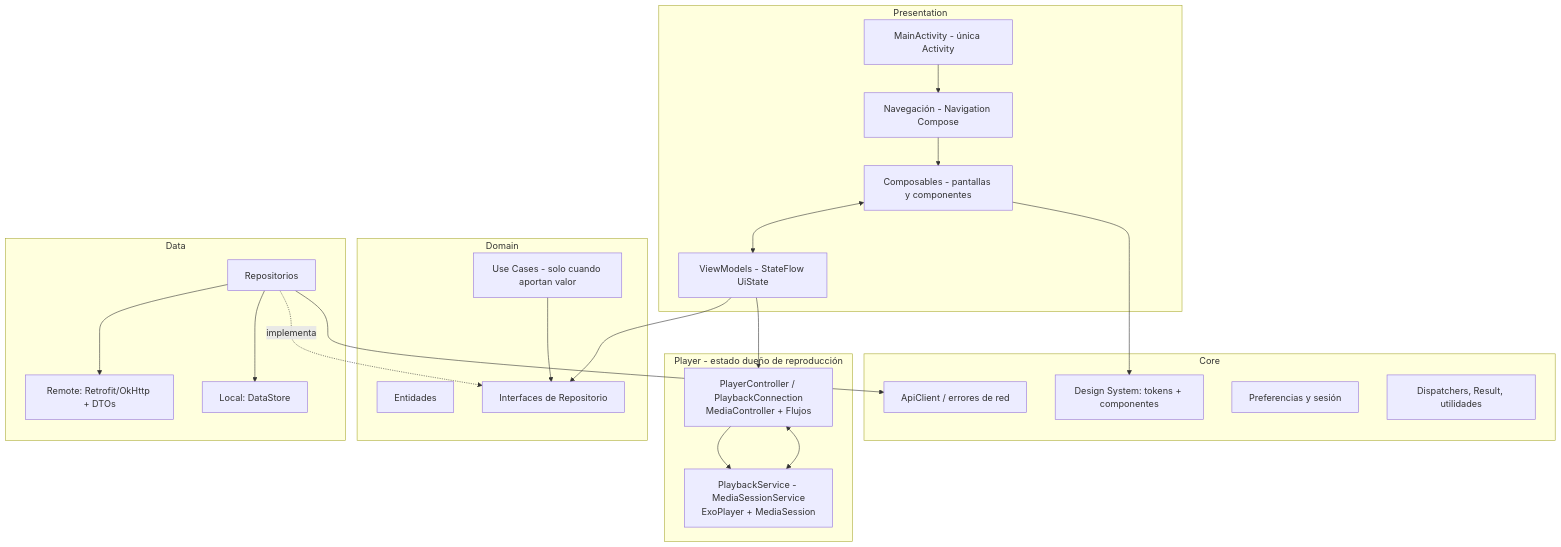
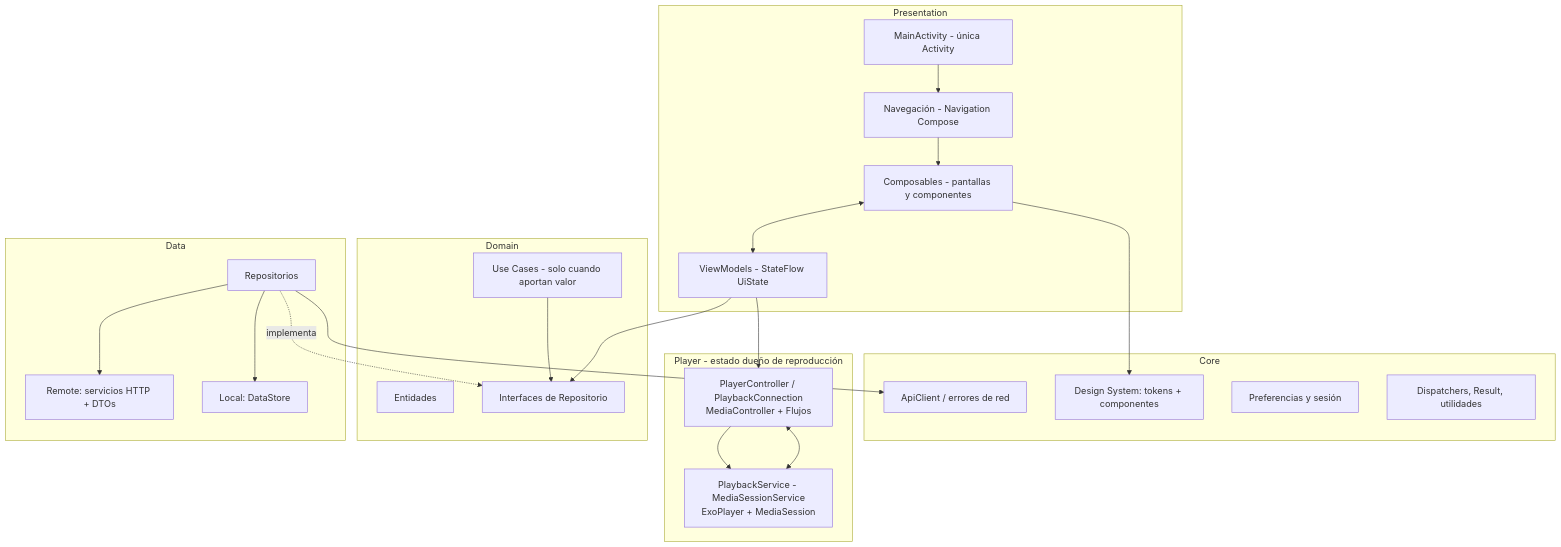
Before and after one commit to leonardoburgosd/antara: the diagram in apps/mobile/docs/architecture.md, drawn with Mermaid. The commit also changed other lines of this file and 34 other files, not shown here.

````diff
--- a/apps/mobile/docs/architecture.md
+++ b/apps/mobile/docs/architecture.md
@@ -9,46 +9,46 @@
 ```mermaid
 flowchart TB
     subgraph Presentation["Presentation"]
         ACT[MainActivity - única Activity]
         NAV[Navegación - Navigation Compose]
         VM[ViewModels - StateFlow UiState]
         COMP[Composables - pantallas y componentes]
         ACT --> NAV --> COMP
         COMP <--> VM
     end
 
     subgraph Player["Player - estado dueño de reproducción"]
         SVC[PlaybackService - MediaSessionService<br/>ExoPlayer + MediaSession]
         CTRL[PlayerController / PlaybackConnection<br/>MediaController + Flujos]
         SVC <--> CTRL
     end
 
     subgraph Domain["Domain"]
         ENT[Entidades]
         REPO_IF[Interfaces de Repositorio]
         UC[Use Cases - solo cuando aportan valor]
         UC --> REPO_IF
     end
 
     subgraph Data["Data"]
         REPO[Repositorios]
-        REMOTE[Remote: Retrofit/OkHttp + DTOs]
+        REMOTE[Remote: servicios HTTP + DTOs]
         LOCAL[Local: DataStore]
         REPO --> REMOTE
         REPO --> LOCAL
         REPO -.implementa.-> REPO_IF
     end
 
     subgraph Core["Core"]
         NET[ApiClient / errores de red]
         DS[Design System: tokens + componentes]
         DATASTORE[Preferencias y sesión]
         UTIL[Dispatchers, Result, utilidades]
     end
 
     VM --> REPO_IF
     VM --> CTRL
     CTRL --> SVC
     REPO --> NET
     COMP --> DS
 ```
````
